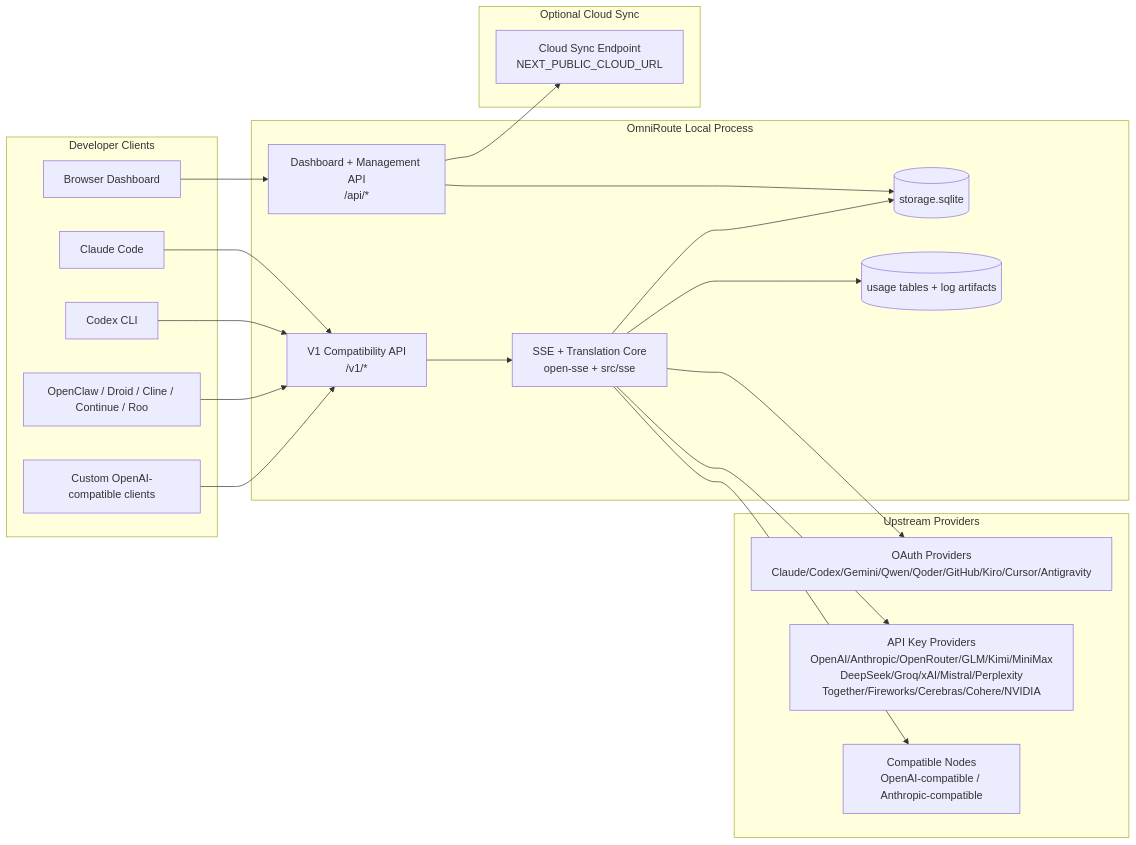
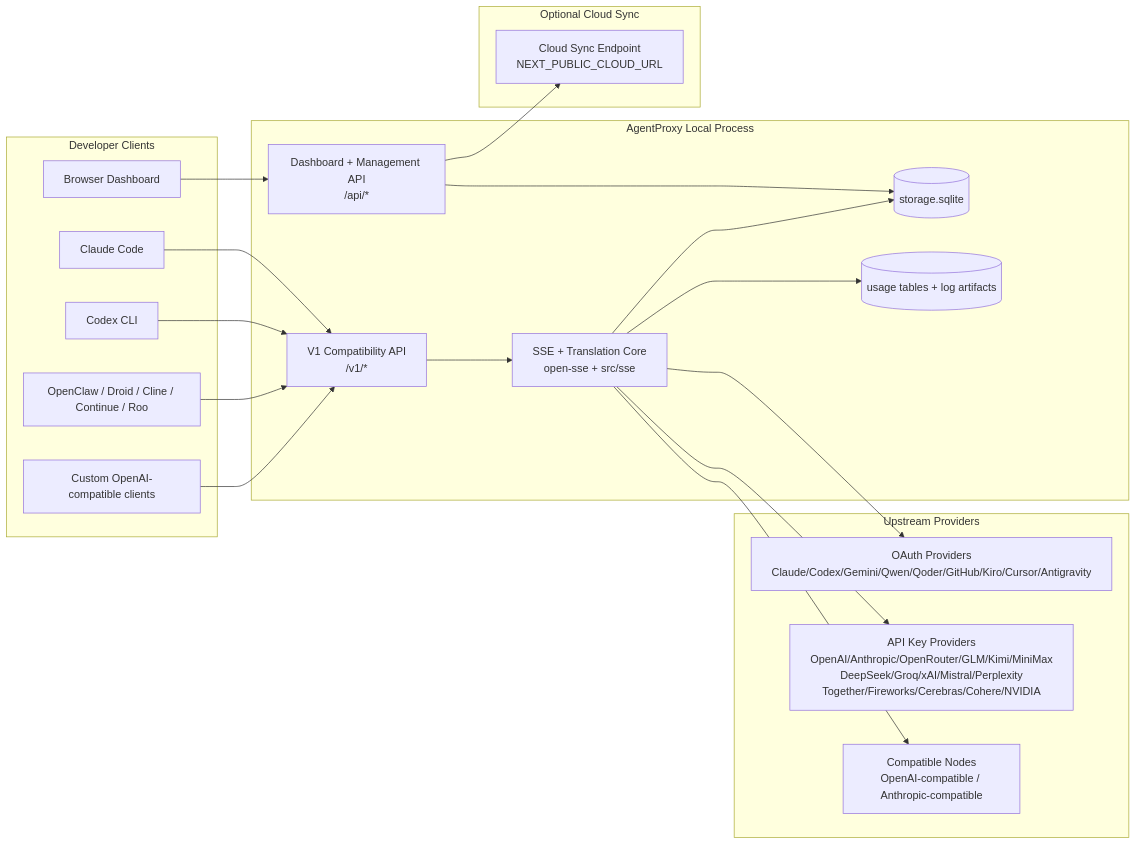
The first of 7 diagrams in docs/i18n/ar/docs/architecture/ARCHITECTURE.md (khanhkit/AgentProxy), drawn with Mermaid before and after one commit. The commit also changed other lines of this file and 6043 other files, not shown here.

Commit message:
wip(release): checkpoint AgentProxy identity cleanup

````diff
--- a/docs/i18n/ar/docs/architecture/ARCHITECTURE.md
+++ b/docs/i18n/ar/docs/architecture/ARCHITECTURE.md
@@ -121,45 +121,45 @@
 ```mermaid
 flowchart LR
     subgraph Clients[Developer Clients]
         C1[Claude Code]
         C2[Codex CLI]
         C3[OpenClaw / Droid / Cline / Continue / Roo]
         C4[Custom OpenAI-compatible clients]
         BROWSER[Browser Dashboard]
     end
 
-    subgraph Router[OmniRoute Local Process]
+    subgraph Router[AgentProxy Local Process]
         API[V1 Compatibility API\n/v1/*]
         DASH[Dashboard + Management API\n/api/*]
         CORE[SSE + Translation Core\nopen-sse + src/sse]
         DB[(storage.sqlite)]
         UDB[(usage tables + log artifacts)]
     end
 
     subgraph Upstreams[Upstream Providers]
         P1[OAuth Providers\nClaude/Codex/Gemini/Qwen/Qoder/GitHub/Kiro/Cursor/Antigravity]
         P2[API Key Providers\nOpenAI/Anthropic/OpenRouter/GLM/Kimi/MiniMax\nDeepSeek/Groq/xAI/Mistral/Perplexity\nTogether/Fireworks/Cerebras/Cohere/NVIDIA]
         P3[Compatible Nodes\nOpenAI-compatible / Anthropic-compatible]
     end
 
     subgraph Cloud[Optional Cloud Sync]
         CLOUD[Cloud Sync Endpoint\nNEXT_PUBLIC_CLOUD_URL]
     end
 
     C1 --> API
     C2 --> API
     C3 --> API
     C4 --> API
     BROWSER --> DASH
 
     API --> CORE
     DASH --> DB
     CORE --> DB
     CORE --> UDB
 
     CORE --> P1
     CORE --> P2
     CORE --> P3
 
     DASH --> CLOUD
 ```
````
